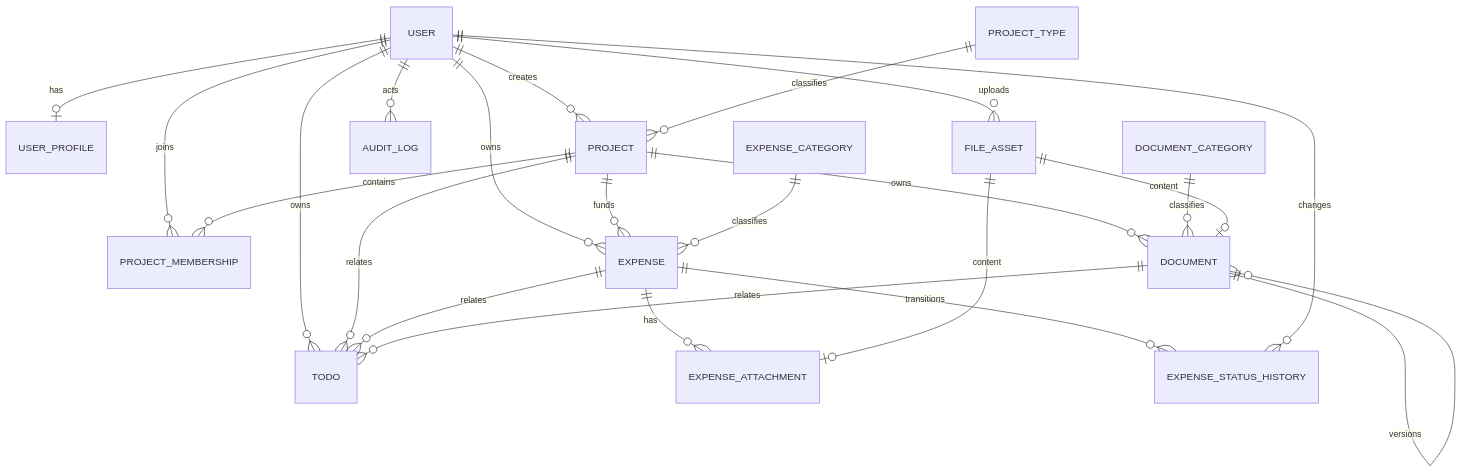
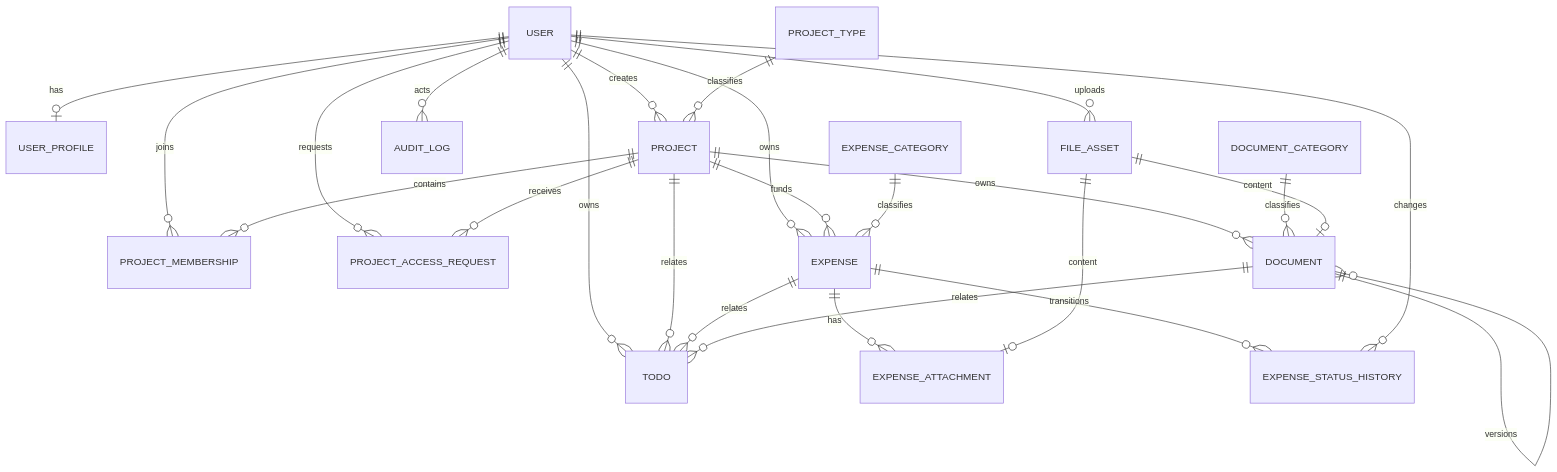
One commit to ACM-player/Document_filing_reimbursemment_system changed the diagram in docs/DATABASE.md. Above: the diagram before and after it, drawn with Mermaid. The commit also changed other lines of this file and 4 other files, not shown here.

Commit message:
docs: define account and project access policy

````diff
--- a/docs/DATABASE.md
+++ b/docs/DATABASE.md
@@ -22,30 +22,32 @@
 ```mermaid
 erDiagram
     USER ||--o| USER_PROFILE : has
     USER ||--o{ PROJECT_MEMBERSHIP : joins
+    USER ||--o{ PROJECT_ACCESS_REQUEST : requests
     USER ||--o{ PROJECT : creates
     USER ||--o{ FILE_ASSET : uploads
     USER ||--o{ EXPENSE : owns
     USER ||--o{ TODO : owns
     USER ||--o{ AUDIT_LOG : acts
 
     PROJECT_TYPE ||--o{ PROJECT : classifies
     PROJECT ||--o{ PROJECT_MEMBERSHIP : contains
+    PROJECT ||--o{ PROJECT_ACCESS_REQUEST : receives
     PROJECT ||--o{ DOCUMENT : owns
     PROJECT ||--o{ EXPENSE : funds
 
     DOCUMENT_CATEGORY ||--o{ DOCUMENT : classifies
     FILE_ASSET ||--o| DOCUMENT : content
     DOCUMENT ||--o{ DOCUMENT : versions
 
     EXPENSE_CATEGORY ||--o{ EXPENSE : classifies
     EXPENSE ||--o{ EXPENSE_ATTACHMENT : has
     FILE_ASSET ||--o| EXPENSE_ATTACHMENT : content
     EXPENSE ||--o{ EXPENSE_STATUS_HISTORY : transitions
 
     USER ||--o{ EXPENSE_STATUS_HISTORY : changes
 
     PROJECT ||--o{ TODO : relates
     EXPENSE ||--o{ TODO : relates
     DOCUMENT ||--o{ TODO : relates
 ```
````
